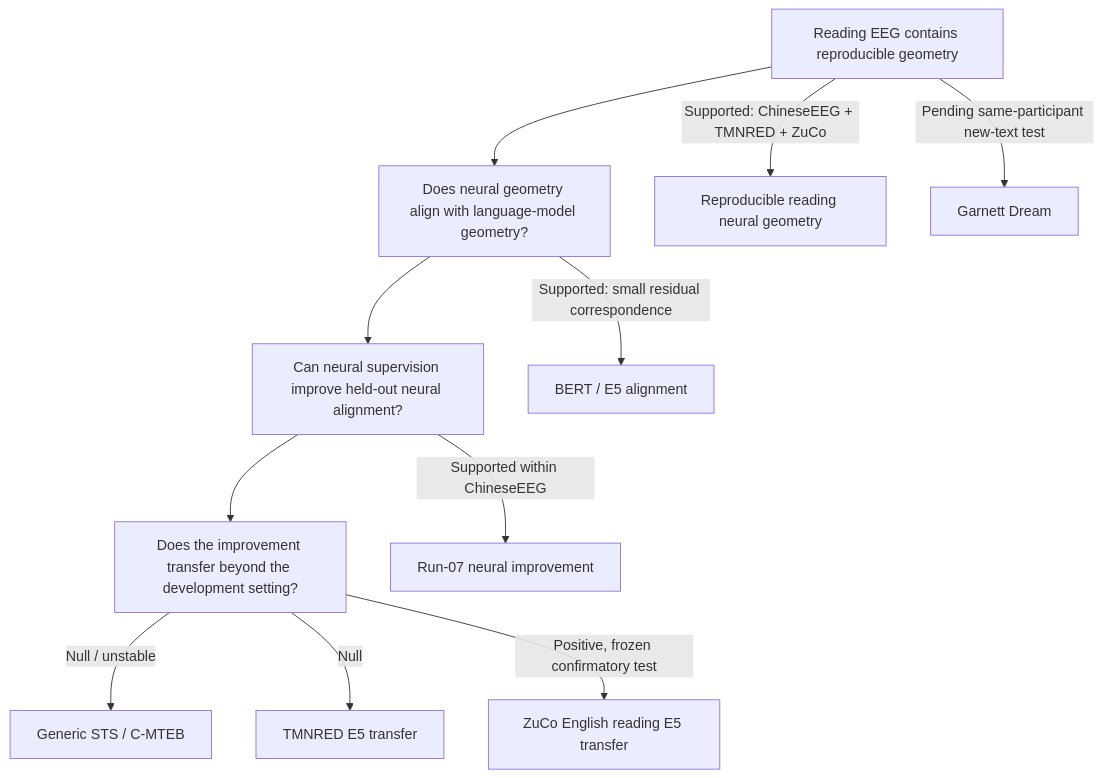
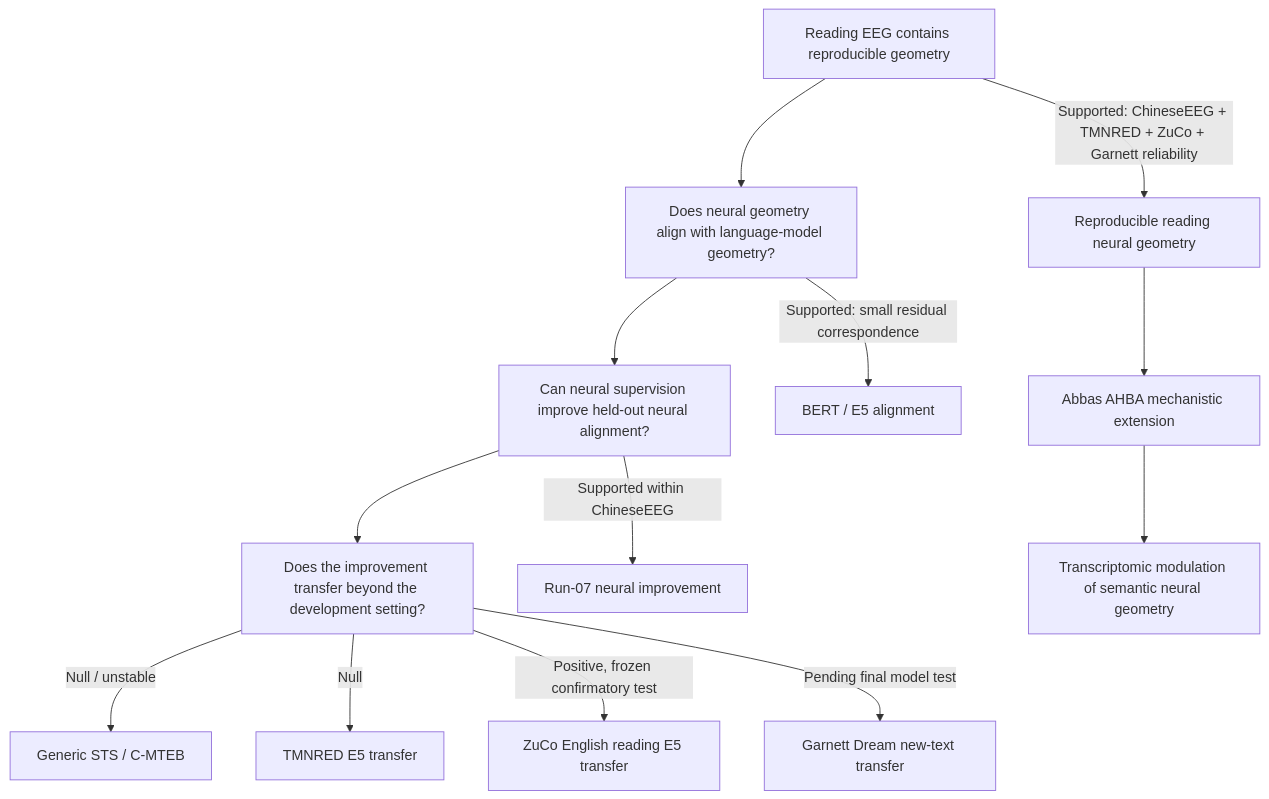
Before and after one commit to vafaei-ar/NeuroSem: the diagram in docs/1_PROJECT_OVERVIEW.md, drawn with Mermaid. The commit also changed other lines of this file, not shown here.

Commit message:
docs: update project overview with Garnett and AHBA status

````diff
--- a/docs/1_PROJECT_OVERVIEW.md
+++ b/docs/1_PROJECT_OVERVIEW.md
@@ -21,14 +21,16 @@
 ```mermaid
 flowchart TD
     A[Reading EEG contains reproducible geometry] --> B[Does neural geometry align with language-model geometry?]
     B --> C[Can neural supervision improve held-out neural alignment?]
     C --> D[Does the improvement transfer beyond the development setting?]
 
-    A -->|Supported: ChineseEEG + TMNRED + ZuCo| A1[Reproducible reading neural geometry]
+    A -->|Supported: ChineseEEG + TMNRED + ZuCo + Garnett reliability| A1[Reproducible reading neural geometry]
     B -->|Supported: small residual correspondence| B1[BERT / E5 alignment]
     C -->|Supported within ChineseEEG| C1[Run-07 neural improvement]
     D -->|Null / unstable| D1[Generic STS / C-MTEB]
     D -->|Null| D2[TMNRED E5 transfer]
     D -->|Positive, frozen confirmatory test| D3[ZuCo English reading E5 transfer]
-    A -->|Pending same-participant new-text test| A2[Garnett Dream]
+    D -->|Pending final model test| D4[Garnett Dream new-text transfer]
+    A1 --> M[Abbas AHBA mechanistic extension]
+    M --> M1[Transcriptomic modulation of semantic neural geometry]
 ```
````
